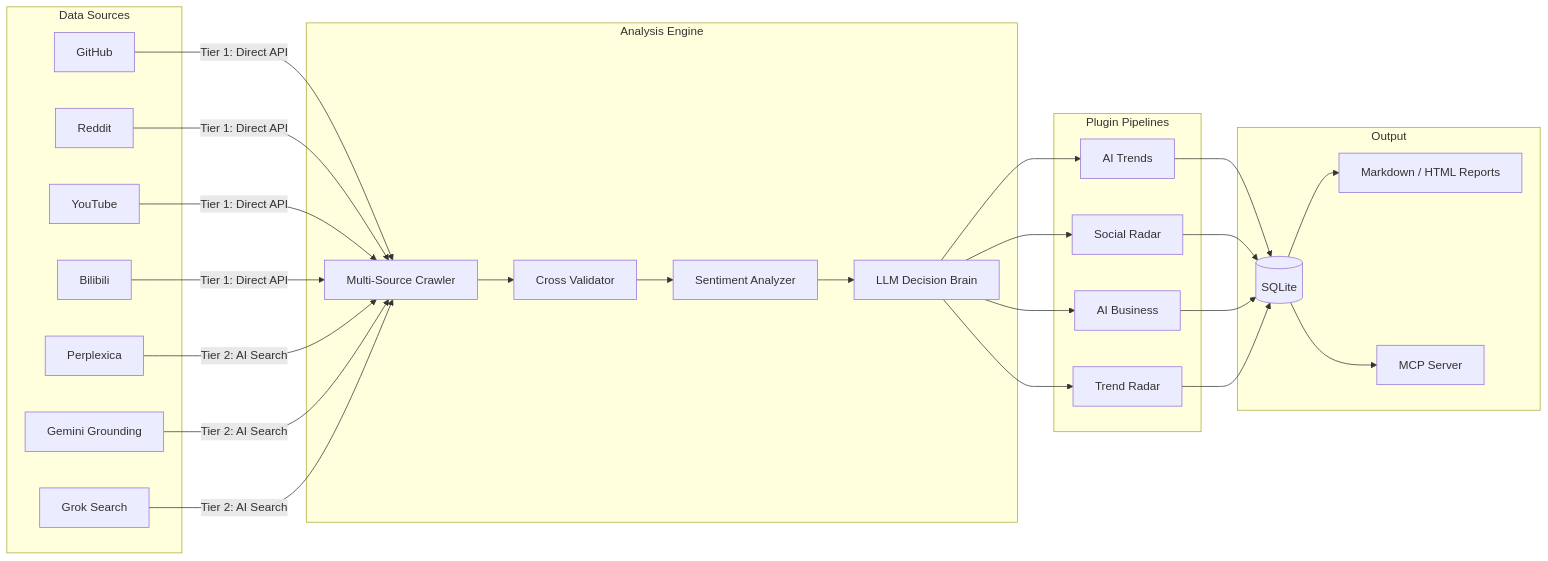
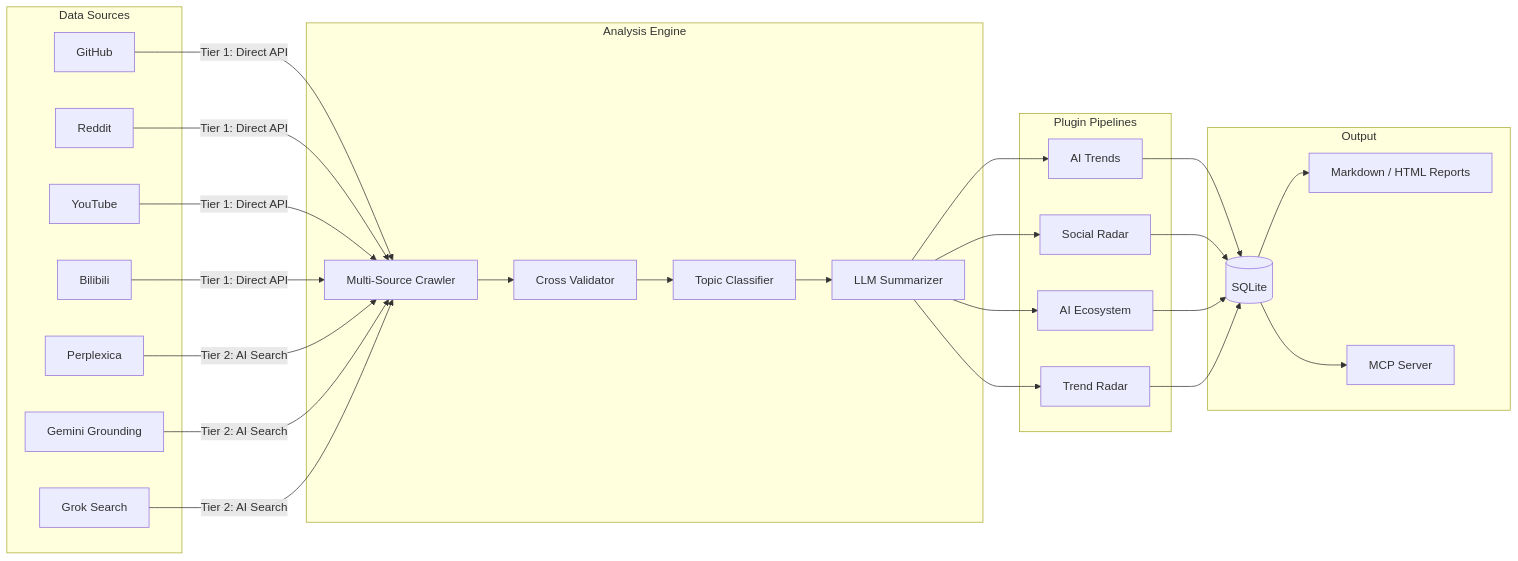
The diagram in README.md (AtsushiHarimoto/hermit-purple), drawn with Mermaid before and after one commit. The commit also changed other lines of this file and 2 other files, not shown here.

````diff
--- a/README.md
+++ b/README.md
@@ -19,42 +19,42 @@
 ```mermaid
 graph LR
     subgraph Sources ["Data Sources"]
         GH[GitHub]
         RD[Reddit]
         YT[YouTube]
         BL[Bilibili]
         PX[Perplexica]
         GM[Gemini Grounding]
         GK[Grok Search]
     end
 
     subgraph Engine ["Analysis Engine"]
         CR[Multi-Source Crawler]
         CV[Cross Validator]
-        SA[Sentiment Analyzer]
-        LLM[LLM Decision Brain]
+        SA[Topic Classifier]
+        LLM[LLM Summarizer]
     end
 
     subgraph Pipeline ["Plugin Pipelines"]
         AT[AI Trends]
         SR[Social Radar]
-        AB[AI Business]
+        AB[AI Ecosystem]
         TR[Trend Radar]
     end
 
     subgraph Output ["Output"]
         DB[(SQLite)]
         RPT[Markdown / HTML Reports]
         MCP[MCP Server]
     end
 
     GH & RD & YT & BL -->|Tier 1: Direct API| CR
     PX & GM & GK -->|Tier 2: AI Search| CR
     CR --> CV
     CV --> SA
     SA --> LLM
     LLM --> AT & SR & AB & TR
     AT & SR & AB & TR --> DB
     DB --> RPT
     DB --> MCP
 ```
````
